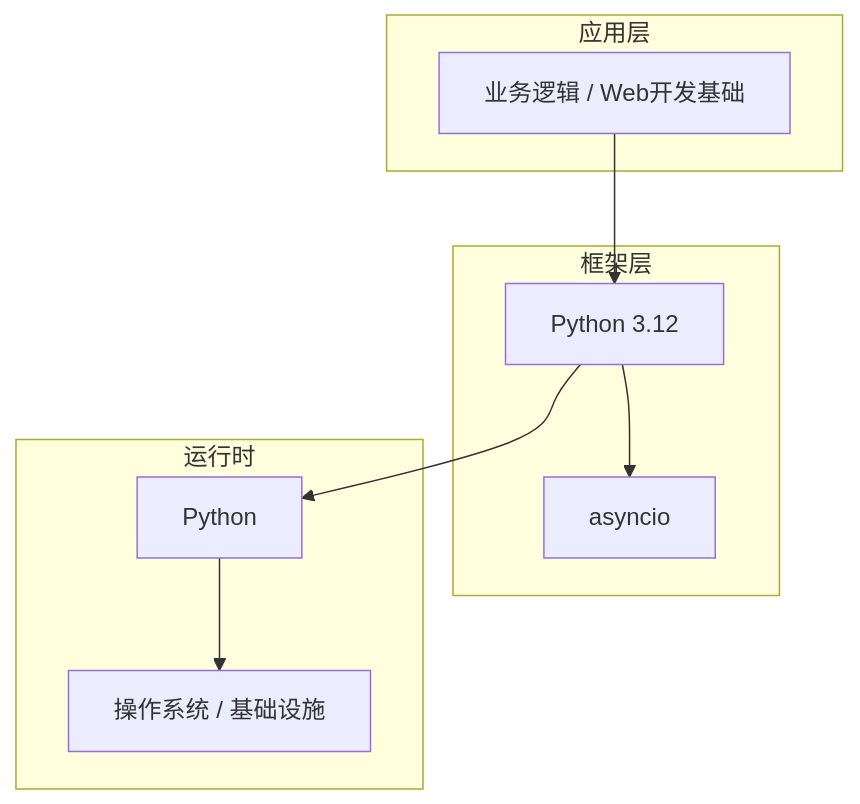
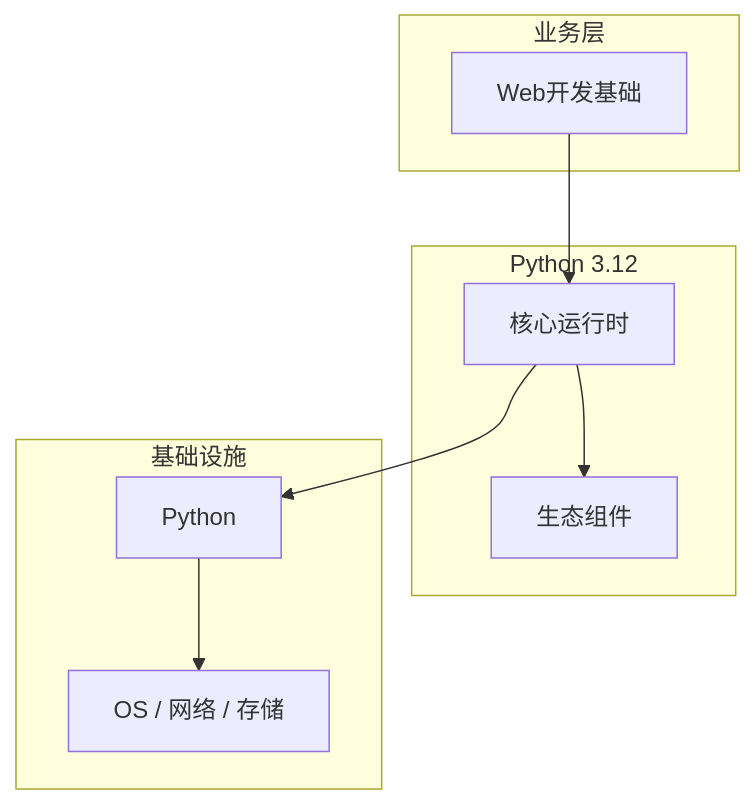
The diagram in articles/Python高级/chapters/097-Web开发基础核心概念与原理.md (yanggan2015/knowledge-json-v2), drawn with Mermaid before and after one commit. The commit also changed other lines of this file and 10127 other files, not shown here.

````diff
--- a/articles/Python高级/chapters/097-Web开发基础核心概念与原理.md
+++ b/articles/Python高级/chapters/097-Web开发基础核心概念与原理.md
@@ -45,18 +34,18 @@
 ```mermaid
 graph TB
-    subgraph 应用层
-        A[业务逻辑 / Web开发基础]
+    subgraph 业务层
+        A[Web开发基础]
     end
-    subgraph 框架层
-        B[Python 3.12]
-        C[asyncio]
+    subgraph Python 3.12
+        B[核心运行时]
+        C[生态组件]
     end
-    subgraph 运行时
+    subgraph 基础设施
         D[Python]
-        E[操作系统 / 基础设施]
+        E[OS / 网络 / 存储]
     end
     A --> B
     B --> C
     B --> D
     D --> E
 ```
````
